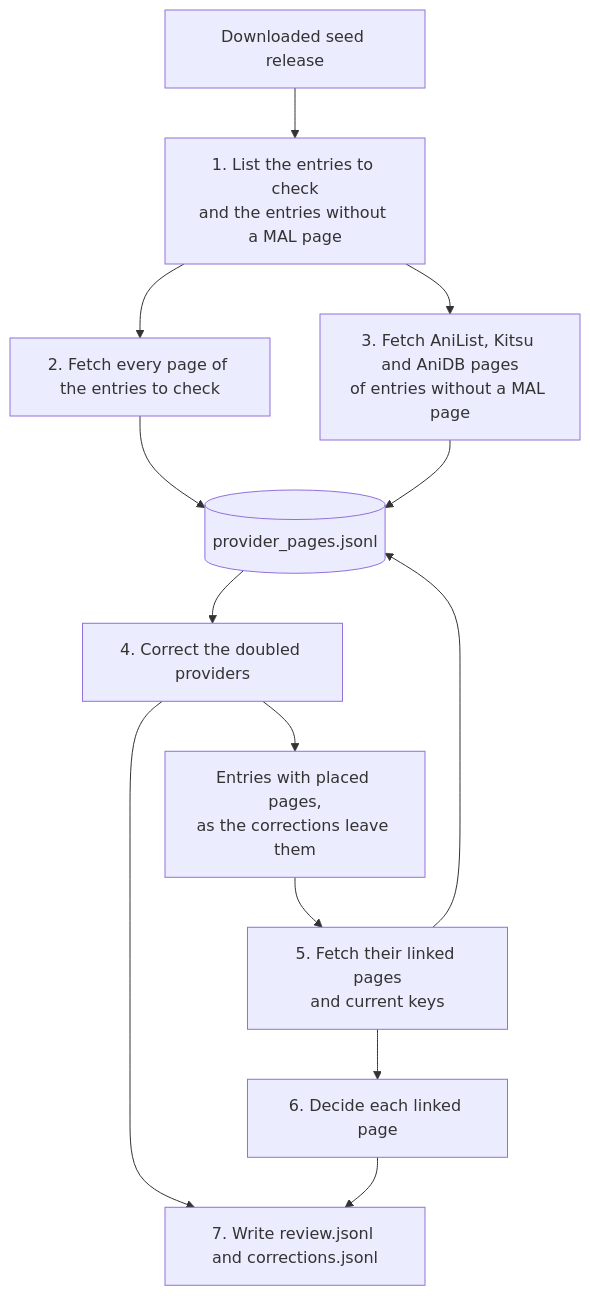
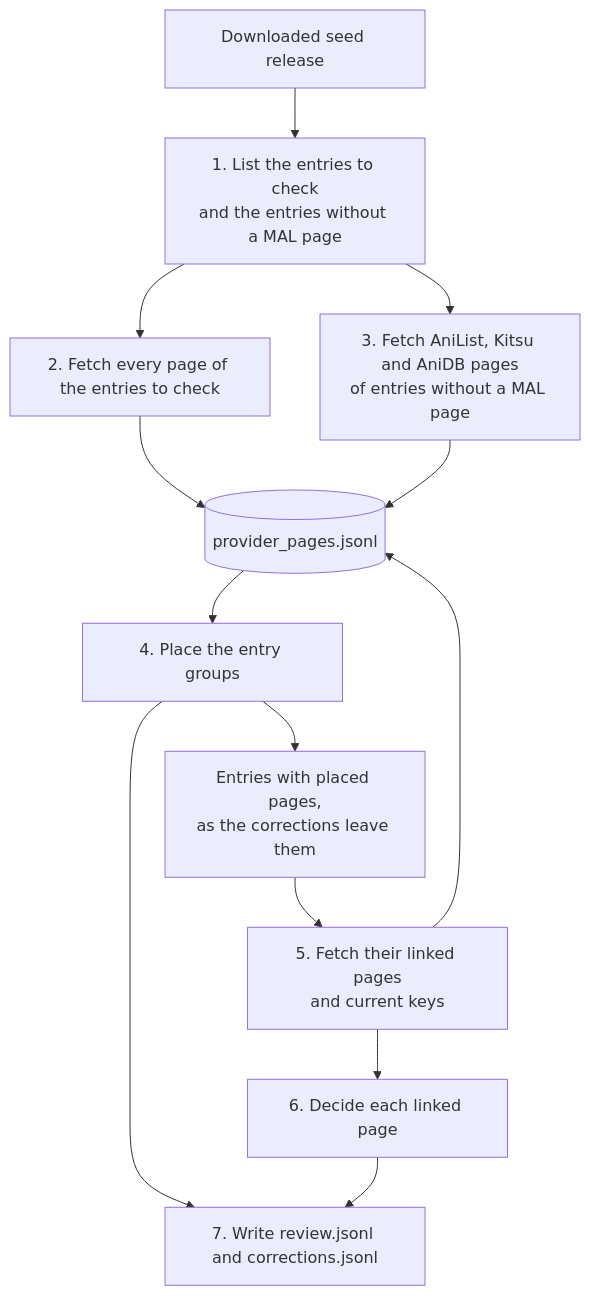
The first of 2 diagrams in libs/seed_cleaning/README.md (adnanaq/echora), drawn with Mermaid before and after one commit. The commit also changed other lines of this file and 42 other files, not shown here.

````diff
--- a/libs/seed_cleaning/README.md
+++ b/libs/seed_cleaning/README.md
@@ -32,15 +55,15 @@
 ```mermaid
 flowchart TD
     seed[Downloaded seed release] --> list[1. List the entries to check<br/>and the entries without a MAL page]
     list --> fetch_check[2. Fetch every page of the entries to check]
     list --> fetch_without_mal[3. Fetch AniList, Kitsu and AniDB pages<br/>of entries without a MAL page]
     fetch_check --> store[(provider_pages.jsonl)]
     fetch_without_mal --> store
-    store --> doubled[4. Correct the doubled providers]
+    store --> doubled[4. Place the entry groups]
     doubled --> placed[Entries with placed pages,<br/>as the corrections leave them]
     placed --> fetch_linked[5. Fetch their linked pages<br/>and current keys]
     fetch_linked --> store
     fetch_linked --> decide[6. Decide each linked page]
     doubled --> write[7. Write review.jsonl and corrections.jsonl]
     decide --> write
 ```
````
